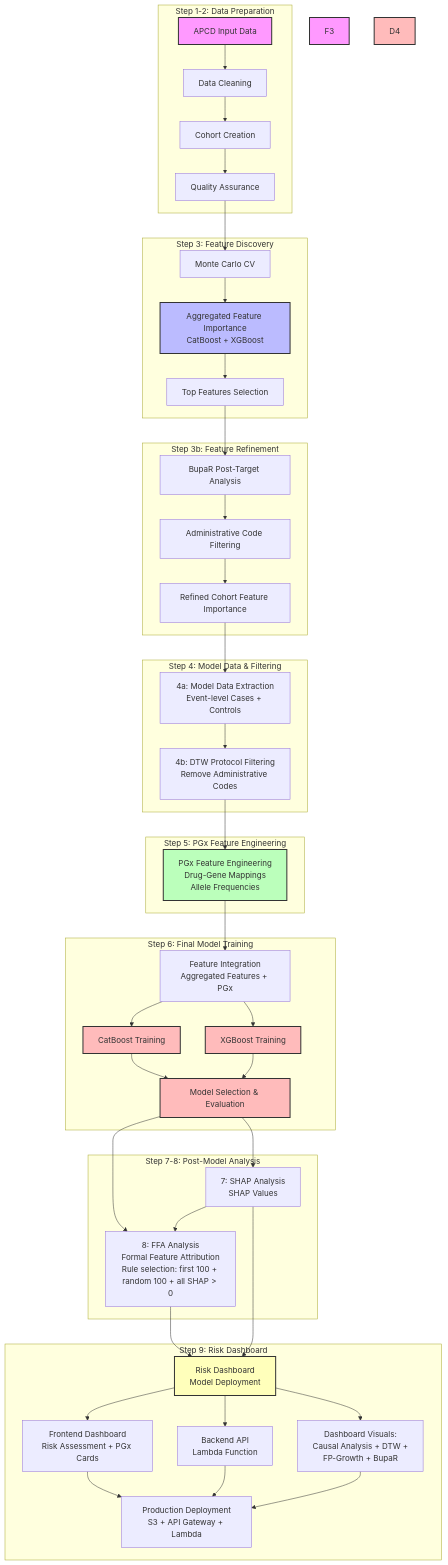
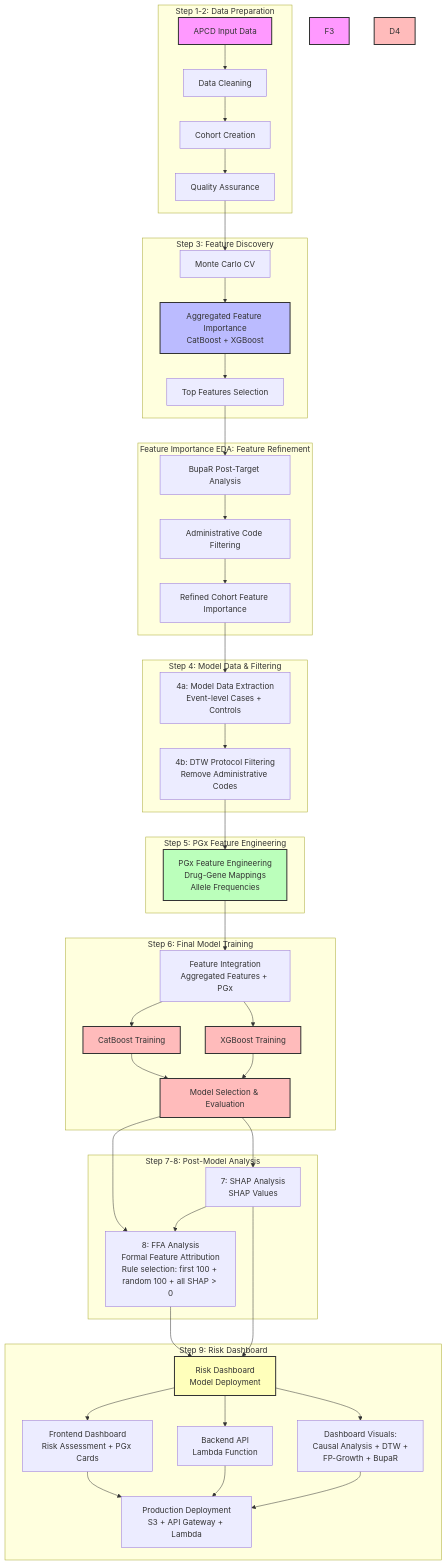
One commit to Jerome3590/pgx-analysis changed the second of 2 diagrams in docs/README_overview.md. Above: the diagram before and after it, drawn with Mermaid. The commit also changed other lines of this file and 3 other files, not shown here.

First line of the commit message:
Update remaining Step 3b references to Feature Importance EDA

````diff
--- a/docs/README_overview.md
+++ b/docs/README_overview.md
@@ -115,65 +115,65 @@
 ```mermaid
 flowchart TD
     subgraph "Step 1-2: Data Preparation"
         A1[APCD Input Data] --> A2[Data Cleaning]
         A2 --> A3[Cohort Creation]
         A3 --> A4[Quality Assurance]
     end
     
     subgraph "Step 3: Feature Discovery"
         A4 --> B1[Monte Carlo CV]
         B1 --> B2[Aggregated Feature Importance<br/>CatBoost + XGBoost]
         B2 --> B3[Top Features Selection]
     end
     
-    subgraph "Step 3b: Feature Refinement"
+    subgraph "Feature Importance EDA: Feature Refinement"
         B3 --> B4[BupaR Post-Target Analysis]
         B4 --> B5[Administrative Code Filtering]
         B5 --> B6[Refined Cohort Feature Importance]
     end
     
     subgraph "Step 4: Model Data & Filtering"
         B6 --> C1[4a: Model Data Extraction<br/>Event-level Cases + Controls]
         C1 --> C2[4b: DTW Protocol Filtering<br/>Remove Administrative Codes]
     end
     
     subgraph "Step 5: PGx Feature Engineering"
         C2 --> D1[PGx Feature Engineering<br/>Drug-Gene Mappings<br/>Allele Frequencies]
     end
     
     subgraph "Step 6: Final Model Training"
         D1 --> E1[Feature Integration<br/>Aggregated Features + PGx]
         E1 --> E2[CatBoost Training]
         E1 --> E3[XGBoost Training]
         E2 --> E4[Model Selection & Evaluation]
         E3 --> E4
     end
     
     subgraph "Step 7-8: Post-Model Analysis"
         E4 --> F1[7: SHAP Analysis<br/>SHAP Values]
         E4 --> F2[8: FFA Analysis<br/>Formal Feature Attribution<br/>Rule selection: first 100 + random 100 + all SHAP > 0]
         F1 --> F2
     end
     
     subgraph "Step 9: Risk Dashboard"
         F2 --> G1[Risk Dashboard<br/>Model Deployment]
         F1 --> G1
         G1 --> G2[Frontend Dashboard<br/>Risk Assessment + PGx Cards]
         G1 --> G3[Backend API<br/>Lambda Function]
         G1 --> G4[Dashboard Visuals:<br/>Causal Analysis + DTW +<br/>FP-Growth + BupaR]
         G2 --> G5[Production Deployment<br/>S3 + API Gateway + Lambda]
         G3 --> G5
         G4 --> G5
     end
     
     style A1 fill:#f9f,stroke:#333,stroke-width:2px
     style B2 fill:#bbf,stroke:#333,stroke-width:2px
     style D1 fill:#bfb,stroke:#333,stroke-width:2px
     style E4 fill:#fbb,stroke:#333,stroke-width:2px
     style F3 fill:#fbf,stroke:#333,stroke-width:2px
     style G1 fill:#ffb,stroke:#333,stroke-width:2px
     style D4 fill:#fbb,stroke:#333,stroke-width:2px
     style E2 fill:#fbb,stroke:#333,stroke-width:2px
     style E3 fill:#fbb,stroke:#333,stroke-width:2px
     style F3 fill:#f9f,stroke:#333,stroke-width:2px
 ```
````
